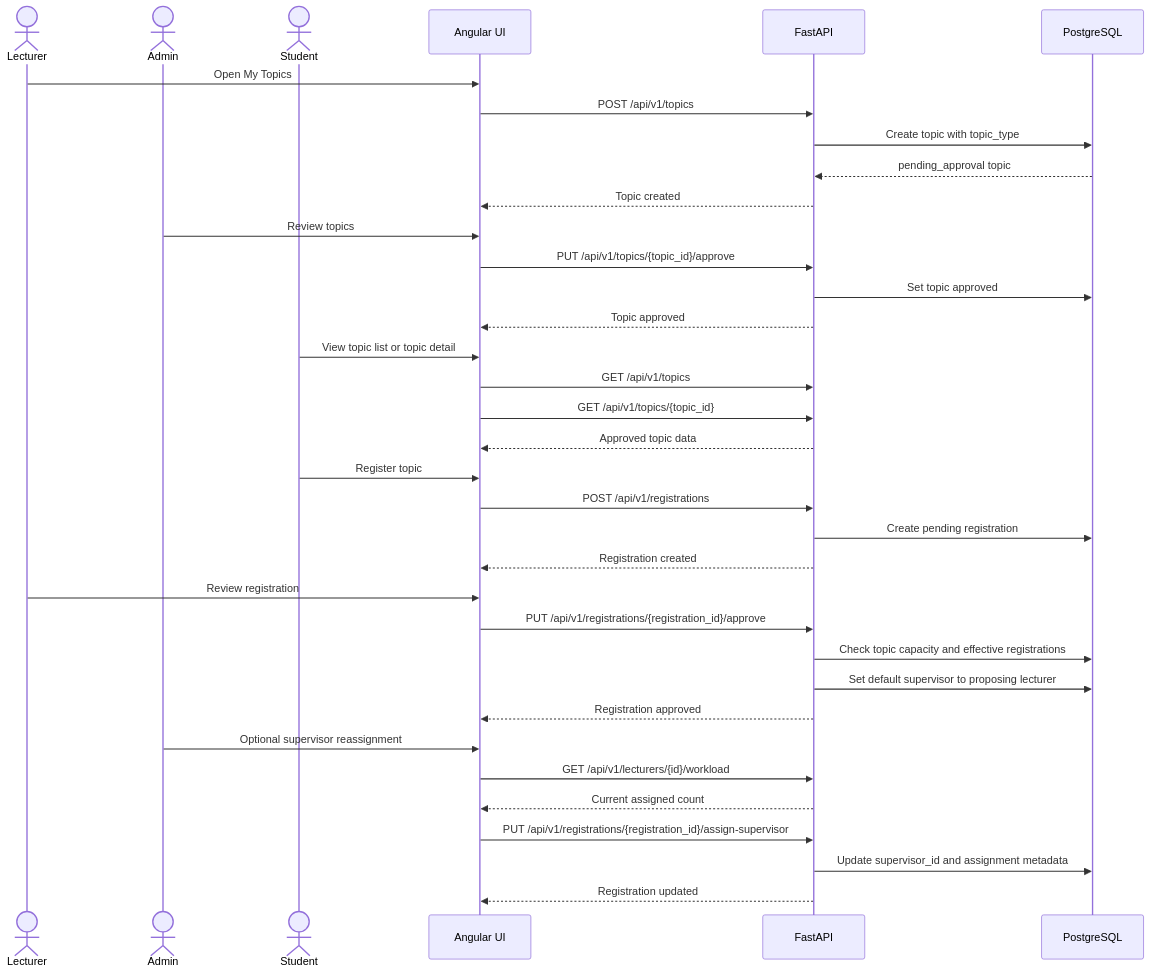
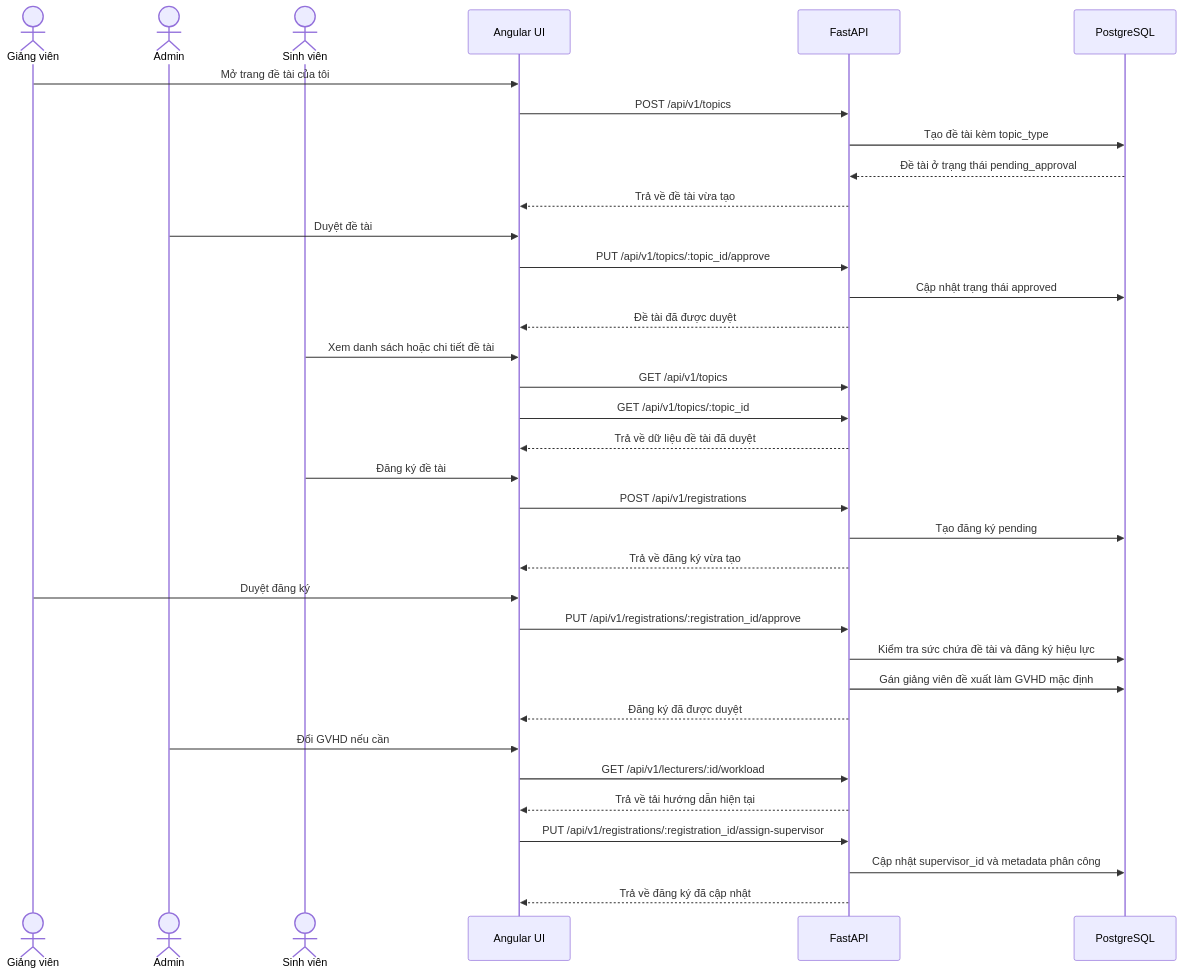
One commit to VanTruong475/research-thesis-portal changed the fifth of 10 diagrams in docs/diagrams_research_thesis_portal.md. Above: the diagram before and after it, drawn with Mermaid. The commit also changed other lines of this file, not shown here.

Commit message:
docs(diagrams): localize current project Mermaid diagrams

````diff
--- a/docs/diagrams_research_thesis_portal.md
+++ b/docs/diagrams_research_thesis_portal.md
@@ -378,43 +378,43 @@
 ```mermaid
 sequenceDiagram
-    actor Lecturer
-    actor Admin
-    actor Student
+    actor Lecturer as Giảng viên
+    actor Admin as Admin
+    actor Student as Sinh viên
     participant Web as Angular UI
     participant API as FastAPI
     participant DB as PostgreSQL
 
-    Lecturer->>Web: Open My Topics
+    Lecturer->>Web: Mở trang đề tài của tôi
     Web->>API: POST /api/v1/topics
-    API->>DB: Create topic with topic_type
-    DB-->>API: pending_approval topic
-    API-->>Web: Topic created
+    API->>DB: Tạo đề tài kèm topic_type
+    DB-->>API: Đề tài ở trạng thái pending_approval
+    API-->>Web: Trả về đề tài vừa tạo
 
-    Admin->>Web: Review topics
-    Web->>API: PUT /api/v1/topics/{topic_id}/approve
-    API->>DB: Set topic approved
-    API-->>Web: Topic approved
+    Admin->>Web: Duyệt đề tài
+    Web->>API: PUT /api/v1/topics/:topic_id/approve
+    API->>DB: Cập nhật trạng thái approved
+    API-->>Web: Đề tài đã được duyệt
 
-    Student->>Web: View topic list or topic detail
+    Student->>Web: Xem danh sách hoặc chi tiết đề tài
     Web->>API: GET /api/v1/topics
-    Web->>API: GET /api/v1/topics/{topic_id}
-    API-->>Web: Approved topic data
+    Web->>API: GET /api/v1/topics/:topic_id
+    API-->>Web: Trả về dữ liệu đề tài đã duyệt
 
-    Student->>Web: Register topic
+    Student->>Web: Đăng ký đề tài
     Web->>API: POST /api/v1/registrations
-    API->>DB: Create pending registration
-    API-->>Web: Registration created
+    API->>DB: Tạo đăng ký pending
+    API-->>Web: Trả về đăng ký vừa tạo
 
-    Lecturer->>Web: Review registration
-    Web->>API: PUT /api/v1/registrations/{registration_id}/approve
-    API->>DB: Check topic capacity and effective registrations
-    API->>DB: Set default supervisor to proposing lecturer
-    API-->>Web: Registration approved
+    Lecturer->>Web: Duyệt đăng ký
+    Web->>API: PUT /api/v1/registrations/:registration_id/approve
+    API->>DB: Kiểm tra sức chứa đề tài và đăng ký hiệu lực
+    API->>DB: Gán giảng viên đề xuất làm GVHD mặc định
+    API-->>Web: Đăng ký đã được duyệt
 
-    Admin->>Web: Optional supervisor reassignment
-    Web->>API: GET /api/v1/lecturers/{id}/workload
-    API-->>Web: Current assigned count
-    Web->>API: PUT /api/v1/registrations/{registration_id}/assign-supervisor
-    API->>DB: Update supervisor_id and assignment metadata
-    API-->>Web: Registration updated
+    Admin->>Web: Đổi GVHD nếu cần
+    Web->>API: GET /api/v1/lecturers/:id/workload
+    API-->>Web: Trả về tải hướng dẫn hiện tại
+    Web->>API: PUT /api/v1/registrations/:registration_id/assign-supervisor
+    API->>DB: Cập nhật supervisor_id và metadata phân công
+    API-->>Web: Trả về đăng ký đã cập nhật
 ```
````
